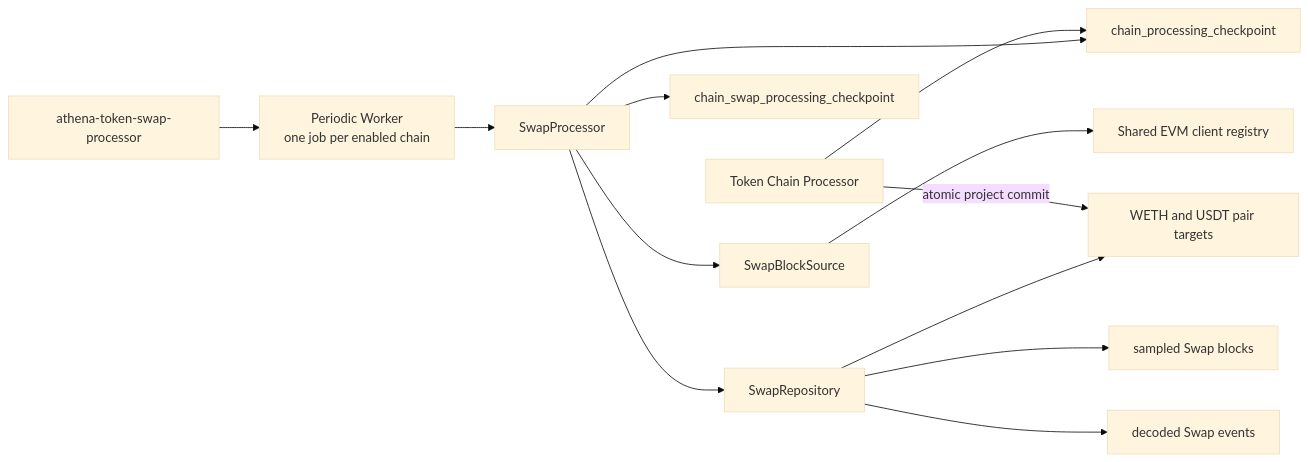
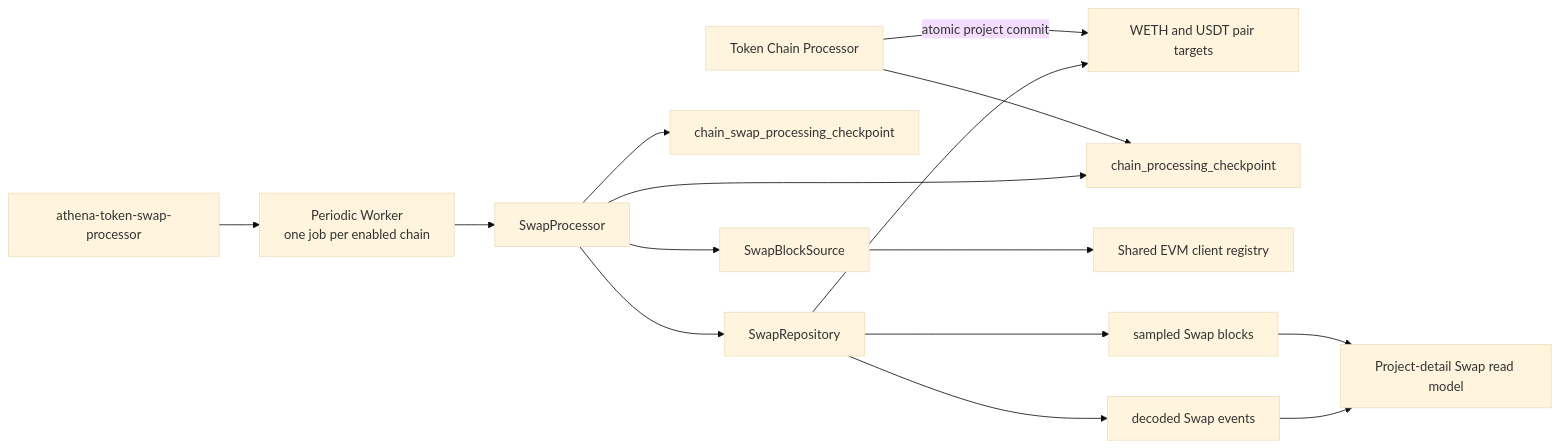
The diagram in docs/design/token-intelligence/swap-processor.md (useryege/athena-o), drawn with Mermaid (base theme) before and after one commit. The commit also changed other lines of this file and 33 other files, not shown here.

````diff
--- a/docs/design/token-intelligence/swap-processor.md
+++ b/docs/design/token-intelligence/swap-processor.md
@@ -40,15 +43,17 @@
 ```mermaid
 flowchart LR
     C["Token Chain Processor"] -->|"atomic project commit"| T["WETH and USDT pair targets"]
     C --> S["chain_processing_checkpoint"]
     P["athena-token-swap-processor"] --> W["Periodic Worker<br/>one job per enabled chain"]
     W --> A["SwapProcessor"]
     A --> S
     A --> K["chain_swap_processing_checkpoint"]
     A --> E["SwapBlockSource"]
     E --> N["Shared EVM client registry"]
     A --> R["SwapRepository"]
     R --> T
     R --> B["sampled Swap blocks"]
     R --> V["decoded Swap events"]
+    B --> Q["Project-detail Swap read model"]
+    V --> Q
 ```
````
